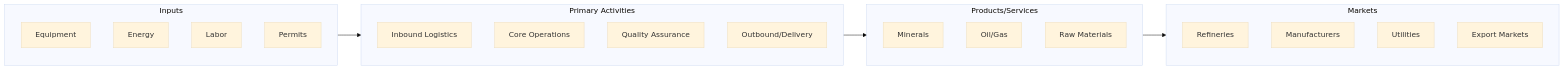
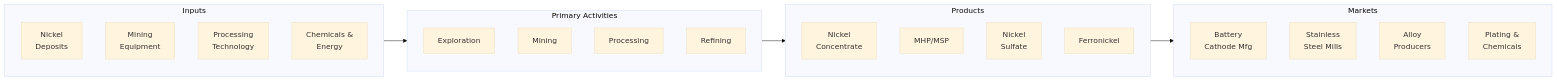
One commit to kziemski/business.org.ai changed the third of 3 diagrams in industries/Mining/MetalOreMining/Nickel.mdx. Above: the diagram before and after it, drawn with Mermaid (base theme). The commit also changed other lines of this file and 67 other files, not shown here.

````diff
--- a/industries/Mining/MetalOreMining/Nickel.mdx
+++ b/industries/Mining/MetalOreMining/Nickel.mdx
@@ -73,31 +131,32 @@
 ```mermaid
 graph LR
     subgraph Inputs["Inputs"]
-        I1["Equipment"]
-        I2["Energy"]
-        I3["Labor"]
-        I4["Permits"]
+        I1["Nickel<br/>Deposits"]
+        I2["Mining<br/>Equipment"]
+        I3["Processing<br/>Technology"]
+        I4["Chemicals &<br/>Energy"]
     end
 
     subgraph Primary["Primary Activities"]
-        A1["Inbound Logistics"]
-        A2["Core Operations"]
-        A3["Quality Assurance"]
-        A4["Outbound/Delivery"]
+        A1["Exploration"]
+        A2["Mining"]
+        A3["Processing"]
+        A4["Refining"]
     end
 
-    subgraph Outputs["Products/Services"]
-        O1["Minerals"]
-        O2["Oil/Gas"]
-        O3["Raw Materials"]
+    subgraph Outputs["Products"]
+        O1["Nickel<br/>Concentrate"]
+        O2["MHP/MSP"]
+        O3["Nickel<br/>Sulfate"]
+        O4["Ferronickel"]
     end
 
     subgraph Customers["Markets"]
-        C1["Refineries"]
-        C2["Manufacturers"]
-        C3["Utilities"]
-        C4["Export Markets"]
+        C1["Battery<br/>Cathode Mfg"]
+        C2["Stainless<br/>Steel Mills"]
+        C3["Alloy<br/>Producers"]
+        C4["Plating &<br/>Chemicals"]
     end
 
     Inputs --> Primary --> Outputs --> Customers
 ```
````
